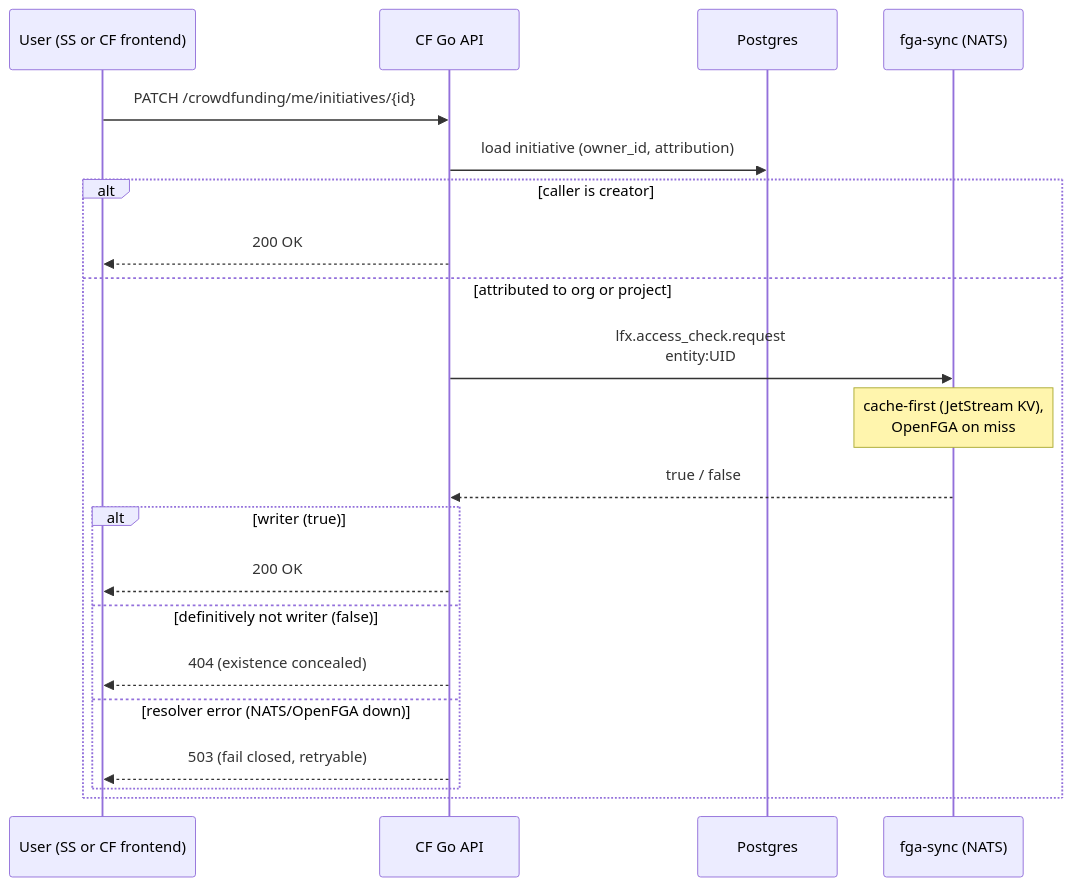
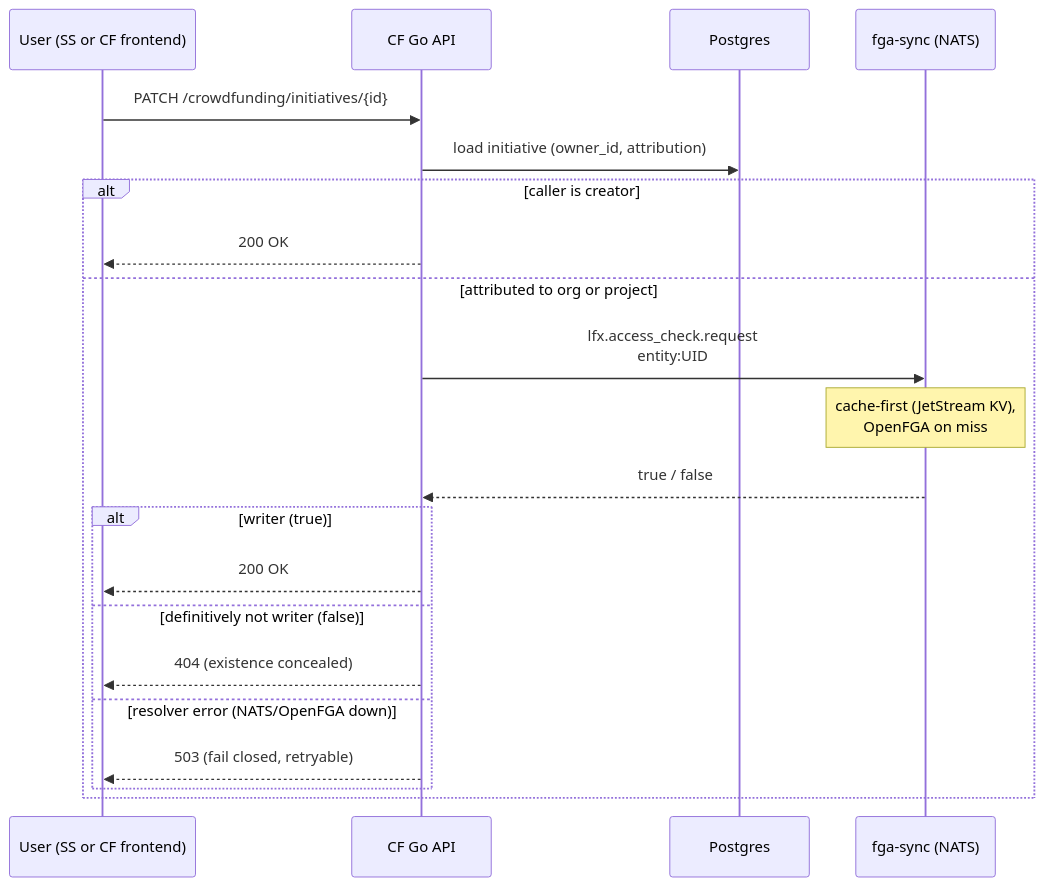
One commit to linuxfoundation/lfx-crowdfunding changed the third of 4 diagrams in backend/docs/rewrite/11-initiative-attribution-and-access.md. Above: the diagram before and after it, drawn with Mermaid. The commit also changed 11 other files, not shown here.

First line of the commit message:
fix(api): remove the deprecated /me/initiatives/{id} manage aliases (#377)

````diff
--- a/backend/docs/rewrite/11-initiative-attribution-and-access.md
+++ b/backend/docs/rewrite/11-initiative-attribution-and-access.md
@@ -368,24 +368,24 @@
 ```mermaid
 sequenceDiagram
     participant U as User (SS or CF frontend)
     participant API as CF Go API
     participant DB as Postgres
     participant FS as fga-sync (NATS)
 
-    U->>API: PATCH /crowdfunding/me/initiatives/{id}
+    U->>API: PATCH /crowdfunding/initiatives/{id}
     API->>DB: load initiative (owner_id, attribution)
     alt caller is creator
         API-->>U: 200 OK
     else attributed to org or project
         API->>FS: lfx.access_check.request<br/>entity:UID#writer@user:PRINCIPAL
         Note over FS: cache-first (JetStream KV),<br/>OpenFGA on miss
         FS-->>API: true / false
         alt writer (true)
             API-->>U: 200 OK
         else definitively not writer (false)
             API-->>U: 404 (existence concealed)
         else resolver error (NATS/OpenFGA down)
             API-->>U: 503 (fail closed, retryable)
         end
     end
 ```
````
